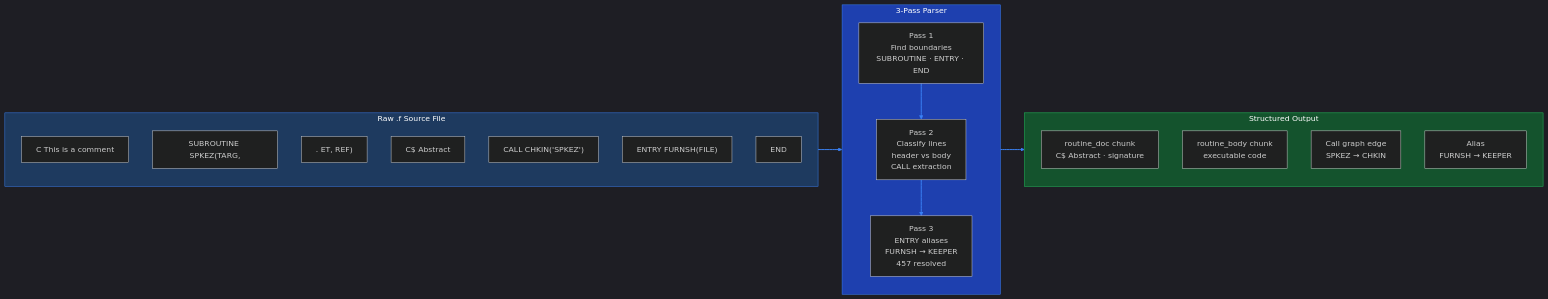
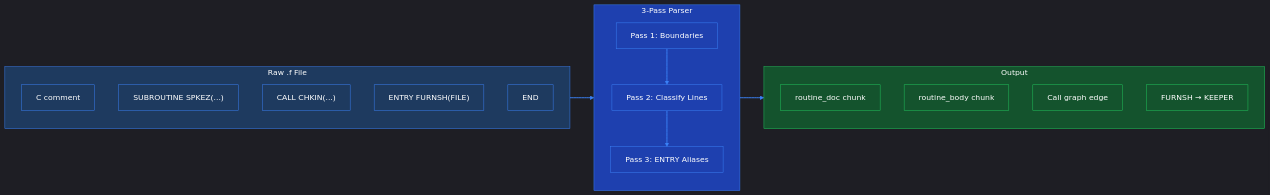
The third of 4 diagrams in presentation.md (HenryDeGrasse/LegacyLens), drawn with Mermaid before and after one commit. The commit also changed other lines of this file, not shown here.

Commit message:
docs: remove pricing from architecture slide

````diff
--- a/presentation.md
+++ b/presentation.md
@@ -133,37 +134,44 @@
 ```mermaid +render
 %%{init: {'theme': 'dark'}}%%
 flowchart LR
-    subgraph INPUT["Raw .f Source File"]
-        direction TB
-        L1["C  This is a comment"]
-        L2["   SUBROUTINE SPKEZ(TARG,"]
-        L3[" .       ET, REF)"]
-        L4["C$ Abstract"]
-        L5["   CALL CHKIN('SPKEZ')"]
-        L6["   ENTRY FURNSH(FILE)"]
-        L7["   END"]
+    subgraph INPUT["Raw .f File"]
+        L1["C  comment"]
+        L2["   SUBROUTINE SPKEZ(...)"]
+        L3["   CALL CHKIN(...)"]
+        L4["   ENTRY FURNSH(FILE)"]
+        L5["   END"]
     end
 
     subgraph PASSES["3-Pass Parser"]
-        direction TB
-        P1["Pass 1\nFind boundaries\nSUBROUTINE · ENTRY · END"]
-        P2["Pass 2\nClassify lines\nheader vs body\nCALL extraction"]
-        P3["Pass 3\nENTRY aliases\nFURNSH → KEEPER\n457 resolved"]
+        P1["Pass 1: Boundaries"]
+        P2["Pass 2: Classify Lines"]
+        P3["Pass 3: ENTRY Aliases"]
         P1 --> P2 --> P3
     end
 
-    subgraph OUTPUT["Structured Output"]
-        direction TB
-        D["routine_doc chunk\nC$ Abstract · signature"]
-        B["routine_body chunk\nexecutable code"]
-        CG2["Call graph edge\nSPKEZ → CHKIN"]
-        AL["Alias\nFURNSH → KEEPER"]
+    subgraph OUTPUT["Output"]
+        D["routine_doc chunk"]
+        B["routine_body chunk"]
+        CG2["Call graph edge"]
+        AL["FURNSH → KEEPER"]
     end
 
     INPUT --> PASSES --> OUTPUT
 
     style INPUT fill:#1e3a5f,stroke:#3b82f6,color:#fff
     style PASSES fill:#1e40af,stroke:#3b82f6,color:#fff
     style OUTPUT fill:#14532d,stroke:#22c55e,color:#fff
+    style L1 fill:#1e3a5f,stroke:#3b82f6,color:#fff
+    style L2 fill:#1e3a5f,stroke:#3b82f6,color:#fff
+    style L3 fill:#1e3a5f,stroke:#3b82f6,color:#fff
+    style L4 fill:#1e3a5f,stroke:#3b82f6,color:#fff
+    style L5 fill:#1e3a5f,stroke:#3b82f6,color:#fff
+    style P1 fill:#1e40af,stroke:#3b82f6,color:#fff
+    style P2 fill:#1e40af,stroke:#3b82f6,color:#fff
+    style P3 fill:#1e40af,stroke:#3b82f6,color:#fff
+    style D fill:#14532d,stroke:#22c55e,color:#fff
+    style B fill:#14532d,stroke:#22c55e,color:#fff
+    style CG2 fill:#14532d,stroke:#22c55e,color:#fff
+    style AL fill:#14532d,stroke:#22c55e,color:#fff
     linkStyle default stroke:#3b82f6,stroke-width:2px
 ```
````
